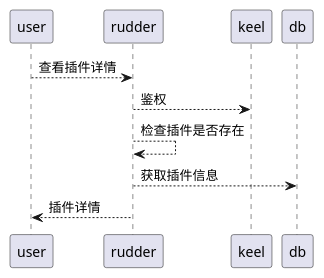
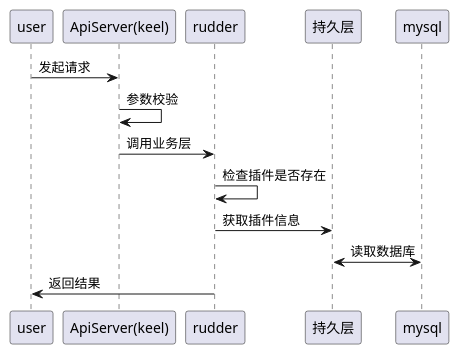
One commit to tkeel-io/docs changed the fourth of 4 diagrams in docs/api/appendix/plantuml/plugin-manager-tenant.md. Above: the diagram before and after it, drawn with PlantUML. The commit also changed other lines of this file and 2 other files, not shown here.

Commit message:
feat: update plugin manager uml & fluxswicth manager

````diff
--- a/docs/api/appendix/plantuml/plugin-manager-tenant.md
+++ b/docs/api/appendix/plantuml/plugin-manager-tenant.md
@@ -75,10 +104,17 @@
 ```plantuml
 @startuml
-user --> rudder : 查看插件详情
-rudder --> keel : 鉴权
-rudder --> rudder : 检查插件是否存在
-rudder --> db : 获取插件信息
-rudder --> user : 插件详情
+participant "user" as user
+participant "ApiServer(keel)" as keel
+participant "rudder" as rudder
+participant "持久层" as dblayer
+participant "mysql" as mysql
 
+user -> keel : 发起请求
+keel -> keel : 参数校验 
+keel -> rudder : 调用业务层
+rudder -> rudder : 检查插件是否存在
+rudder -> dblayer : 获取插件信息
+dblayer <-> mysql : 读取数据库
+rudder -> user : 返回结果
 @enduml
 ```
````
